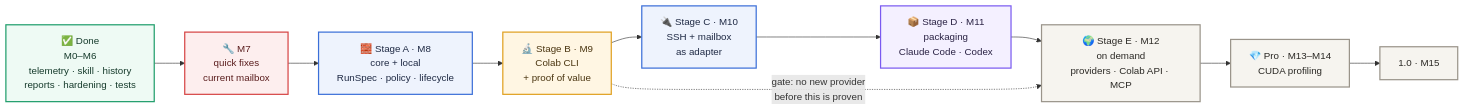
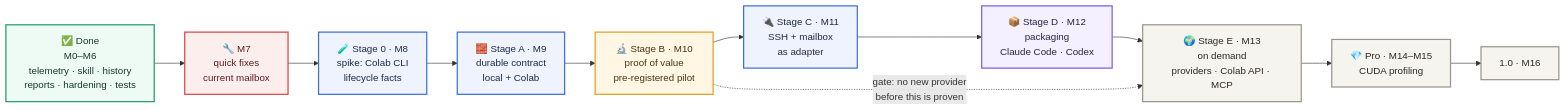
Before and after one commit to SergeyChere/MeetProxy: the diagram in ROADMAP.md, drawn with Mermaid. The commit also changed other lines of this file and 2 other files, not shown here.

````diff
--- a/ROADMAP.md
+++ b/ROADMAP.md
@@ -8,27 +8,28 @@
 ```mermaid
 flowchart LR
     D["✅ Done<br/>M0–M6<br/>telemetry · skill · history<br/>reports · hardening · tests"]
     Q["🔧 M7<br/>quick fixes<br/>current mailbox"]
-    A["🧱 Stage A · M8<br/>core + local<br/>RunSpec · policy · lifecycle"]
-    B["🔬 Stage B · M9<br/>Colab CLI<br/>+ proof of value"]
-    C["🔌 Stage C · M10<br/>SSH + mailbox<br/>as adapter"]
-    DD["📦 Stage D · M11<br/>packaging<br/>Claude Code · Codex"]
-    E["🌍 Stage E · M12<br/>on demand<br/>providers · Colab API · MCP"]
-    PRO["💎 Pro · M13–M14<br/>CUDA profiling"]
-    V1["1.0 · M15"]
-    D --> Q --> A --> B --> C --> DD --> E --> PRO --> V1
+    S0["🧪 Stage 0 · M8<br/>spike: Colab CLI<br/>lifecycle facts"]
+    A["🧱 Stage A · M9<br/>durable contract<br/>local + Colab"]
+    B["🔬 Stage B · M10<br/>proof of value<br/>pre-registered pilot"]
+    C["🔌 Stage C · M11<br/>SSH + mailbox<br/>as adapter"]
+    DD["📦 Stage D · M12<br/>packaging<br/>Claude Code · Codex"]
+    E["🌍 Stage E · M13<br/>on demand<br/>providers · Colab API · MCP"]
+    PRO["💎 Pro · M14–M15<br/>CUDA profiling"]
+    V1["1.0 · M16"]
+    D --> Q --> S0 --> A --> B --> C --> DD --> E --> PRO --> V1
     B -. "gate: no new provider<br/>before this is proven" .-> E
 
     classDef done fill:#eefaf4,stroke:#1f9d6b,stroke-width:2px,color:#163b2c
     classDef fix fill:#fdeeee,stroke:#d64545,stroke-width:2px,color:#5a1d1d
     classDef core fill:#eef3fd,stroke:#3b6fd8,stroke-width:2px,color:#1f2a44
     classDef prove fill:#fff6e3,stroke:#e0a020,stroke-width:2px,color:#4a3510
     classDef rel fill:#f4f0ff,stroke:#7a5af0,stroke-width:2px,color:#2a2244
     classDef later fill:#f6f4ef,stroke:#9a948a,stroke-width:2px,color:#2b2925
     class D done
     class Q fix
-    class A,C core
+    class S0,A,C core
     class B prove
     class DD rel
     class E,PRO,V1 later
 ```
````
